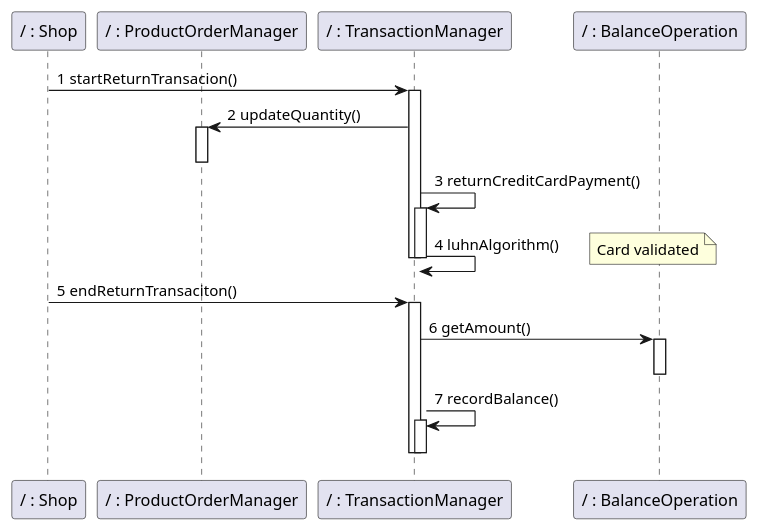
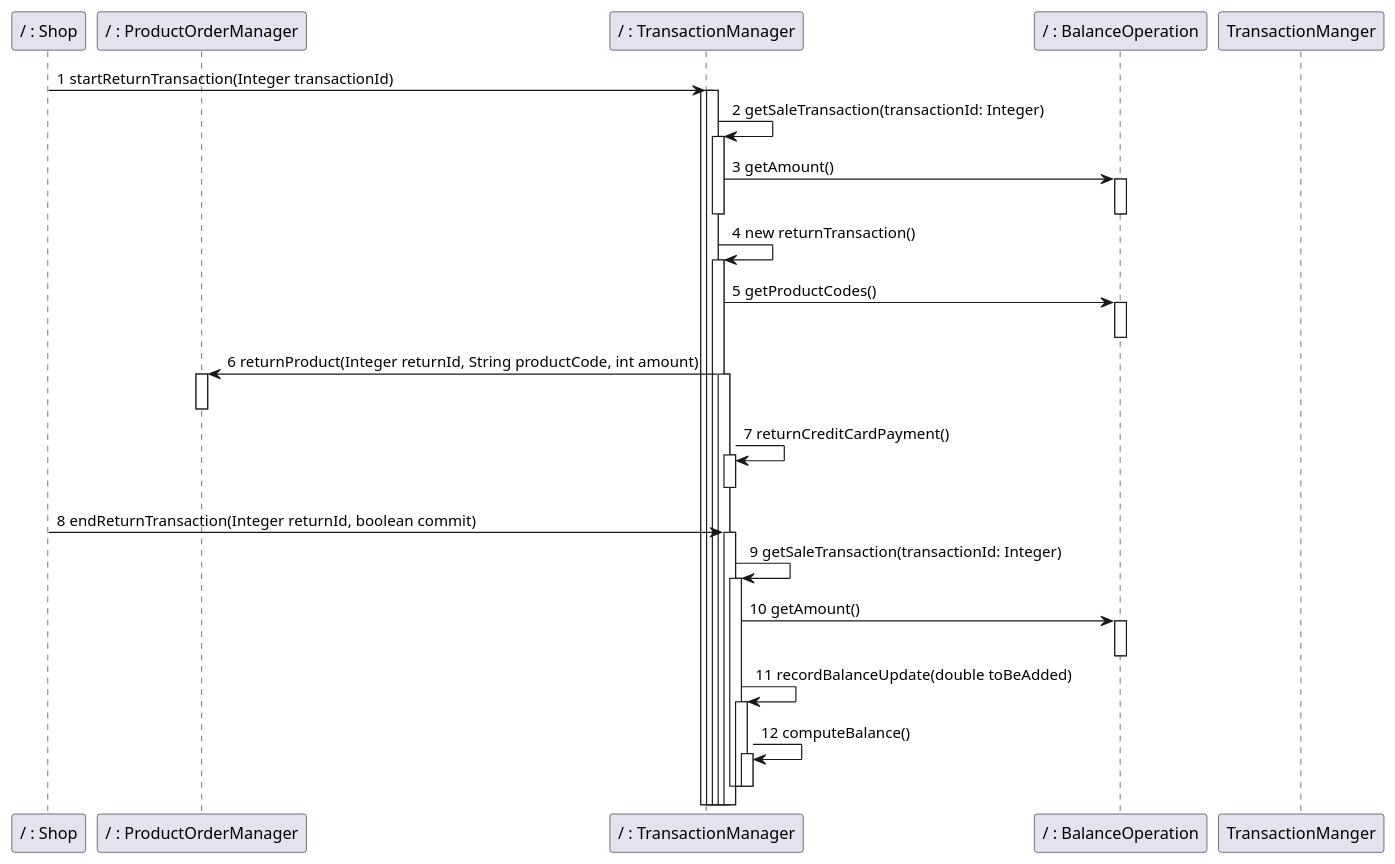
One commit to nicolabattaglino/ezshop changed diagram 30 of 34 in Deliverables/DesignDocument.md. Above: the diagram before and after it, drawn with PlantUML. The commit also changed other lines of this file, not shown here.

````diff
--- a/Deliverables/DesignDocument.md
+++ b/Deliverables/DesignDocument.md
@@ -1511,29 +1512,46 @@
 ```plantuml
 @startuml
 
 participant "/ : Shop" as Shop
 participant "/ : ProductOrderManager" as ProductOrderManager
 participant "/ : TransactionManager" as TransactionManager
 participant "/ : BalanceOperation" as BalanceOperation
-Shop -> TransactionManager:1 startReturnTransacion()
+Shop -> TransactionManager:1 startReturnTransaction(Integer transactionId)
 activate TransactionManager
-TransactionManager -> ProductOrderManager:2 updateQuantity()
+
+activate TransactionManager
+TransactionManager -> TransactionManager:2 getSaleTransaction(transactionId: Integer)
+activate TransactionManager
+TransactionManager -> BalanceOperation :3 getAmount()
+activate BalanceOperation
+deactivate BalanceOperation
+deactivate TransactionManager
+TransactionManager -> TransactionManager:4 new returnTransaction()
+activate TransactionManager
+TransactionManager -> BalanceOperation :5 getProductCodes()
+activate BalanceOperation
+deactivate BalanceOperation
+TransactionManager -> ProductOrderManager:6 returnProduct(Integer returnId, String productCode, int amount)
 activate ProductOrderManager
 deactivate ProductOrderManager
-TransactionManager -> TransactionManager:3 returnCreditCardPayment()
 activate TransactionManager
-TransactionManager -> TransactionManager:4 luhnAlgorithm()
-note right: Card validated
+TransactionManager -> TransactionManager:7 returnCreditCardPayment()
+activate TransactionManager
 deactivate TransactionManager 
-deactivate TransactionManager 
-Shop -> TransactionManager:5 endReturnTransaciton()
+Shop -> TransactionManager:8 endReturnTransaction(Integer returnId, boolean commit)
 activate TransactionManager
-TransactionManager-> BalanceOperation:6 getAmount()
+TransactionManager -> TransactionManager:9 getSaleTransaction(transactionId: Integer)
+activate TransactionManager
+TransactionManager -> BalanceOperation :10 getAmount()
 activate BalanceOperation
 deactivate BalanceOperation
-TransactionManager -> TransactionManager:7 recordBalance() 
+deactivate TransactionManger 
+TransactionManager -> TransactionManager:11 recordBalanceUpdate(double toBeAdded)
+activate TransactionManager 
+TransactionManager -> TransactionManager:12 computeBalance()
 activate TransactionManager
+deactivate TransactionManager
 deactivate TransactionManager
 deactivate TransactionManager 
 @enduml
 ```
````
